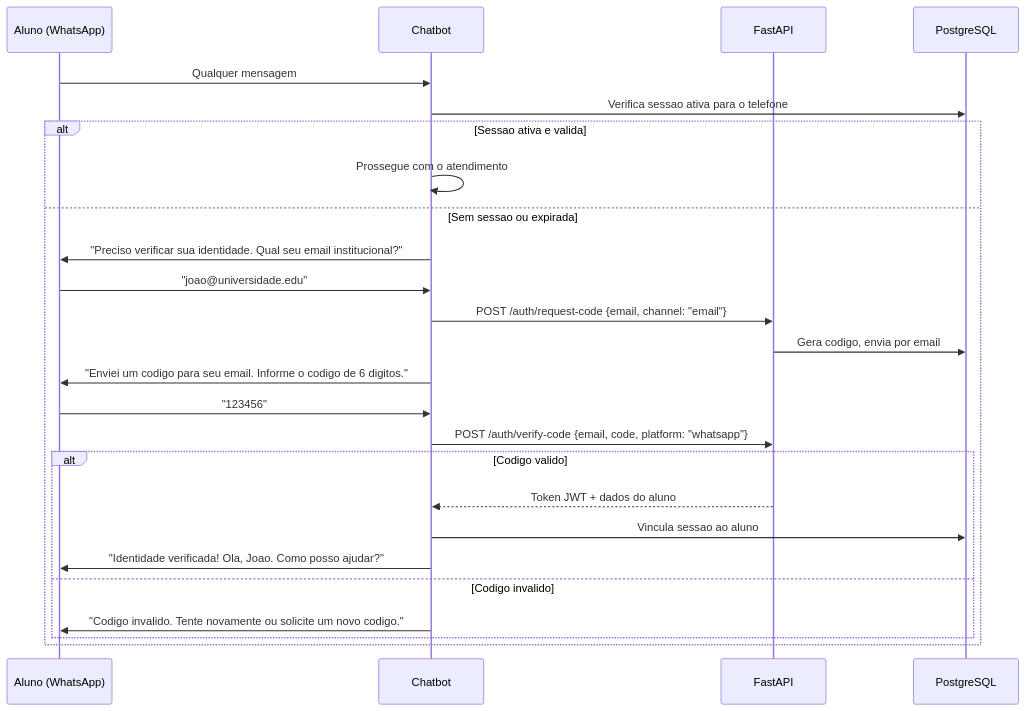
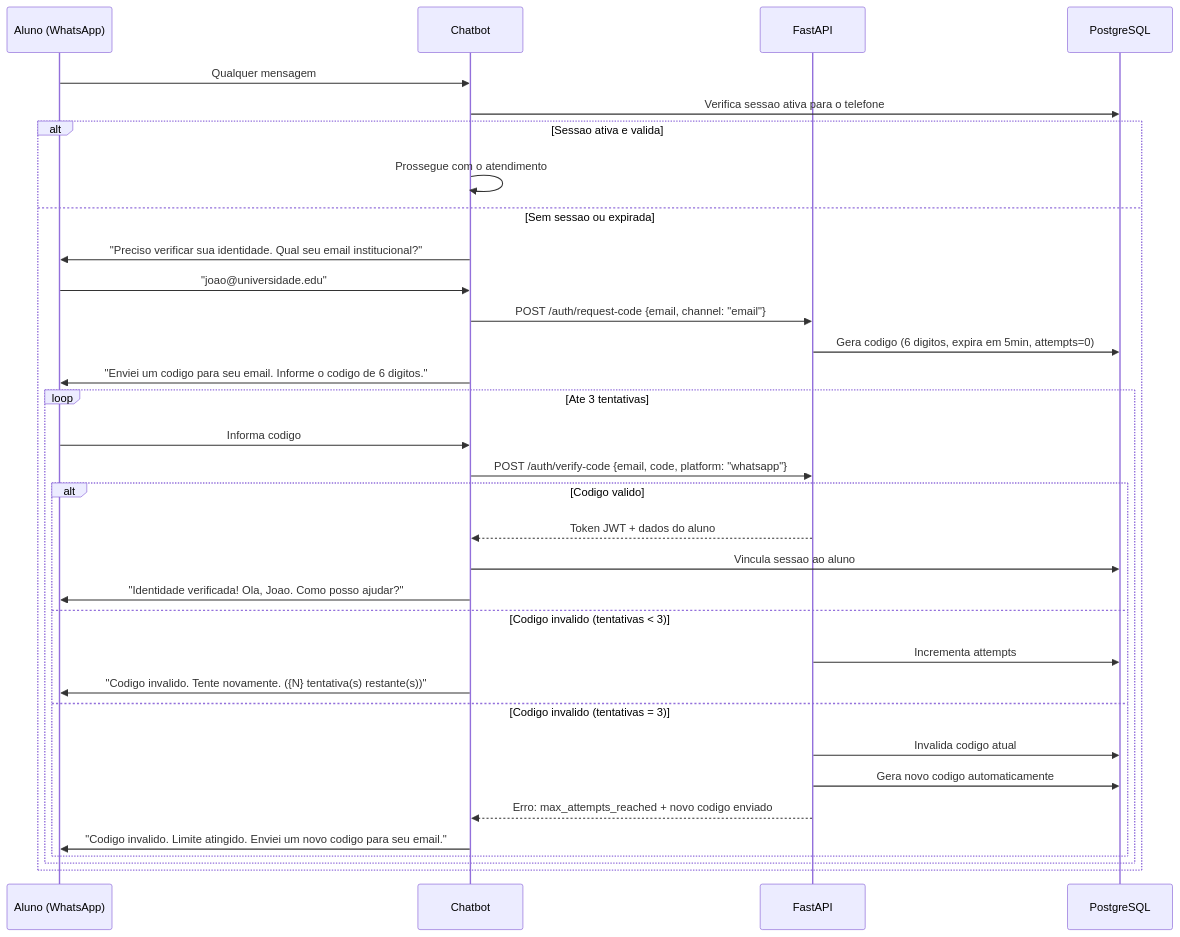
One commit to Weym/desafio-fcg3 changed the third of 8 diagrams in docs/chatbot.md. Above: the diagram before and after it, drawn with Mermaid. The commit also changed other lines of this file and 6 other files, not shown here.

````diff
--- a/docs/chatbot.md
+++ b/docs/chatbot.md
@@ -80,30 +113,39 @@
 ```mermaid
 sequenceDiagram
     participant A as Aluno (WhatsApp)
     participant BOT as Chatbot
     participant API as FastAPI
     participant DB as PostgreSQL
 
     A->>BOT: Qualquer mensagem
     BOT->>DB: Verifica sessao ativa para o telefone
 
     alt Sessao ativa e valida
         BOT->>BOT: Prossegue com o atendimento
     else Sem sessao ou expirada
         BOT->>A: "Preciso verificar sua identidade. Qual seu email institucional?"
         A->>BOT: "joao@universidade.edu"
         BOT->>API: POST /auth/request-code {email, channel: "email"}
-        API->>DB: Gera codigo, envia por email
+        API->>DB: Gera codigo (6 digitos, expira em 5min, attempts=0)
         BOT->>A: "Enviei um codigo para seu email. Informe o codigo de 6 digitos."
-        A->>BOT: "123456"
-        BOT->>API: POST /auth/verify-code {email, code, platform: "whatsapp"}
 
-        alt Codigo valido
-            API-->>BOT: Token JWT + dados do aluno
-            BOT->>DB: Vincula sessao ao aluno
-            BOT->>A: "Identidade verificada! Ola, Joao. Como posso ajudar?"
-        else Codigo invalido
-            BOT->>A: "Codigo invalido. Tente novamente ou solicite um novo codigo."
+        loop Ate 3 tentativas
+            A->>BOT: Informa codigo
+            BOT->>API: POST /auth/verify-code {email, code, platform: "whatsapp"}
+
+            alt Codigo valido
+                API-->>BOT: Token JWT + dados do aluno
+                BOT->>DB: Vincula sessao ao aluno
+                BOT->>A: "Identidade verificada! Ola, Joao. Como posso ajudar?"
+            else Codigo invalido (tentativas < 3)
+                API->>DB: Incrementa attempts
+                BOT->>A: "Codigo invalido. Tente novamente. ({N} tentativa(s) restante(s))"
+            else Codigo invalido (tentativas = 3)
+                API->>DB: Invalida codigo atual
+                API->>DB: Gera novo codigo automaticamente
+                API-->>BOT: Erro: max_attempts_reached + novo codigo enviado
+                BOT->>A: "Codigo invalido. Limite atingido. Enviei um novo codigo para seu email."
+            end
         end
     end
 ```
````
